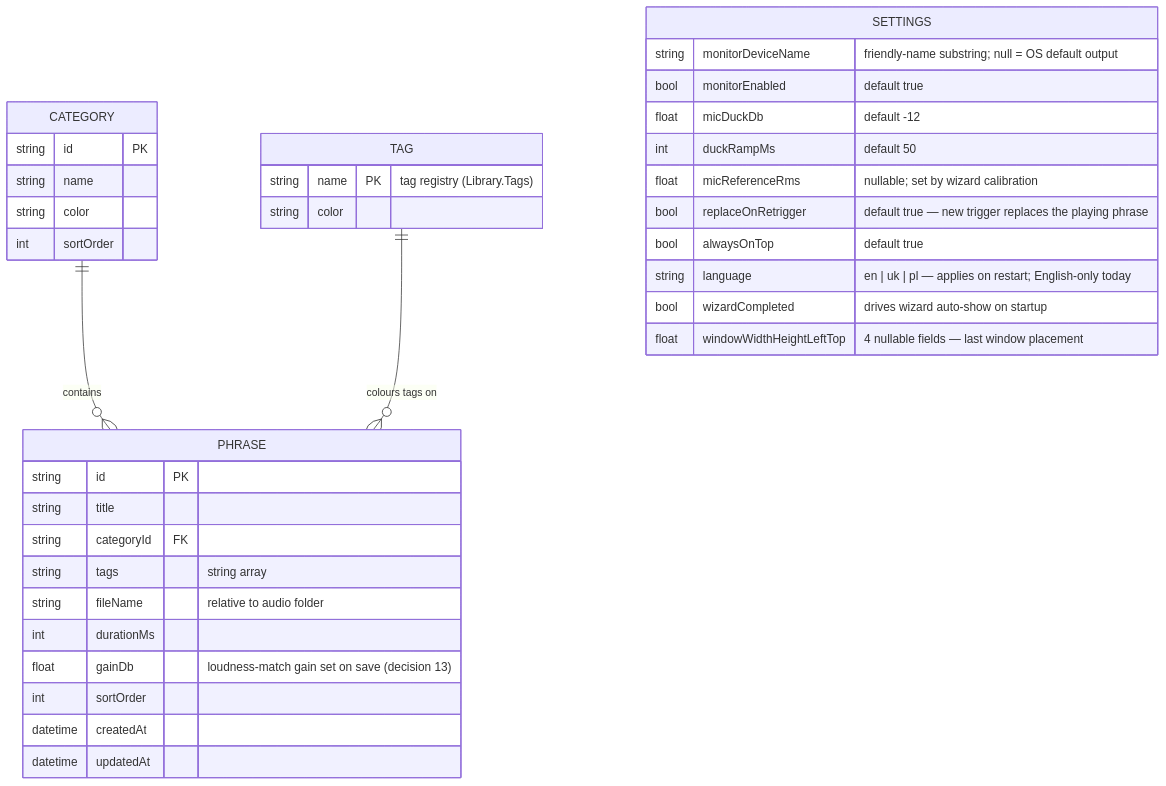
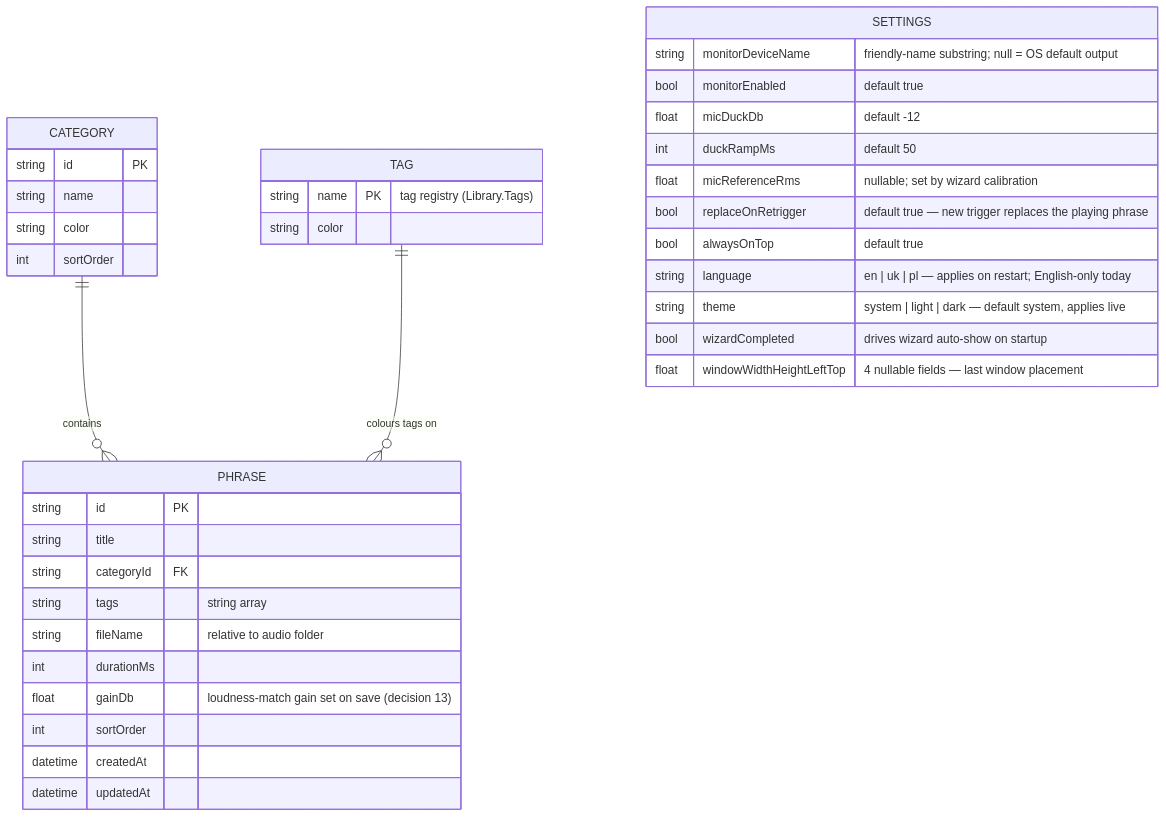
One commit to olehserv/ada-voice changed the diagram in docs/design/04-data-storage.md. Above: the diagram before and after it, drawn with Mermaid. The commit also changed 11 other files, not shown here.

First line of the commit message:
feat: manual theme setting (Follow system / Light / Dark)

````diff
--- a/docs/design/04-data-storage.md
+++ b/docs/design/04-data-storage.md
@@ -5,39 +5,40 @@
 ```mermaid
 erDiagram
     CATEGORY ||--o{ PHRASE : contains
     TAG ||--o{ PHRASE : "colours tags on"
     TAG {
         string name PK "tag registry (Library.Tags)"
         string color
     }
     CATEGORY {
         string id PK
         string name
         string color
         int sortOrder
     }
     PHRASE {
         string id PK
         string title
         string categoryId FK
         string tags "string array"
         string fileName "relative to audio folder"
         int durationMs
         float gainDb "loudness-match gain set on save (decision 13)"
         int sortOrder
         datetime createdAt
         datetime updatedAt
     }
     SETTINGS {
         string monitorDeviceName "friendly-name substring; null = OS default output"
         bool monitorEnabled "default true"
         float micDuckDb "default -12"
         int duckRampMs "default 50"
         float micReferenceRms "nullable; set by wizard calibration"
         bool replaceOnRetrigger "default true — new trigger replaces the playing phrase"
         bool alwaysOnTop "default true"
         string language "en | uk | pl — applies on restart; English-only today"
+        string theme "system | light | dark — default system, applies live"
         bool wizardCompleted "drives wizard auto-show on startup"
         float windowWidthHeightLeftTop "4 nullable fields — last window placement"
     }
 ```
````
